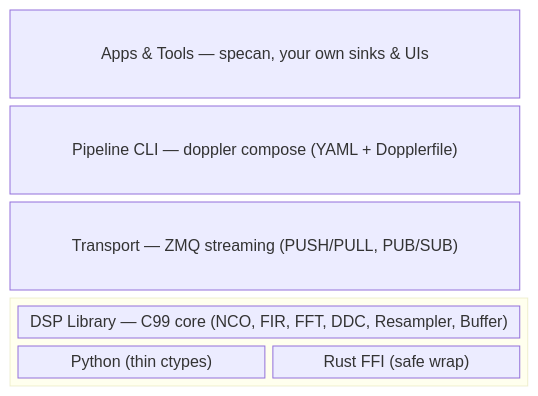
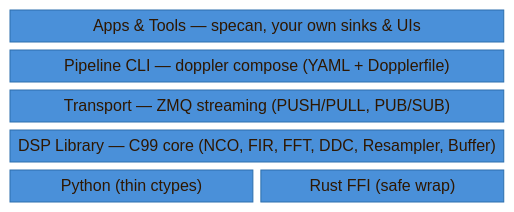
The first of 2 diagrams in docs/architecture.md (doppler-dsp/doppler), drawn with Mermaid before and after one commit. The commit also changed other lines of this file, not shown here.

Commit message:
docs(architecture): fix block-beta width alignment and text contrast
Flatten to columns 2 with :2 spans (removes nested block causing
width mismatch). Add theme init for readable text on colored blocks.

````diff
--- a/docs/architecture.md
+++ b/docs/architecture.md
@@ -9,13 +9,11 @@
 ```mermaid
+%%{init: {'theme': 'base', 'themeVariables': {'primaryColor': '#4a90d9', 'primaryTextColor': '#ffffff', 'primaryBorderColor': '#2c6fad', 'lineColor': '#2c6fad', 'secondaryColor': '#6ab0f5', 'tertiaryColor': '#d0e8ff'}}}%%
 block-beta
-  columns 1
-  apps["Apps & Tools — specan, your own sinks & UIs"]
-  cli["Pipeline CLI — doppler compose (YAML + Dopplerfile)"]
-  transport["Transport — ZMQ streaming (PUSH/PULL, PUB/SUB)"]
-  block:dsp:1
-    columns 2
-    core["DSP Library — C99 core (NCO, FIR, FFT, DDC, Resampler, Buffer)"]:2
-    python["Python (thin ctypes)"]
-    rust["Rust FFI (safe wrap)"]
-  end
+  columns 2
+  apps["Apps & Tools — specan, your own sinks & UIs"]:2
+  cli["Pipeline CLI — doppler compose (YAML + Dopplerfile)"]:2
+  transport["Transport — ZMQ streaming (PUSH/PULL, PUB/SUB)"]:2
+  core["DSP Library — C99 core (NCO, FIR, FFT, DDC, Resampler, Buffer)"]:2
+  python["Python (thin ctypes)"]
+  rust["Rust FFI (safe wrap)"]
 ```
````
